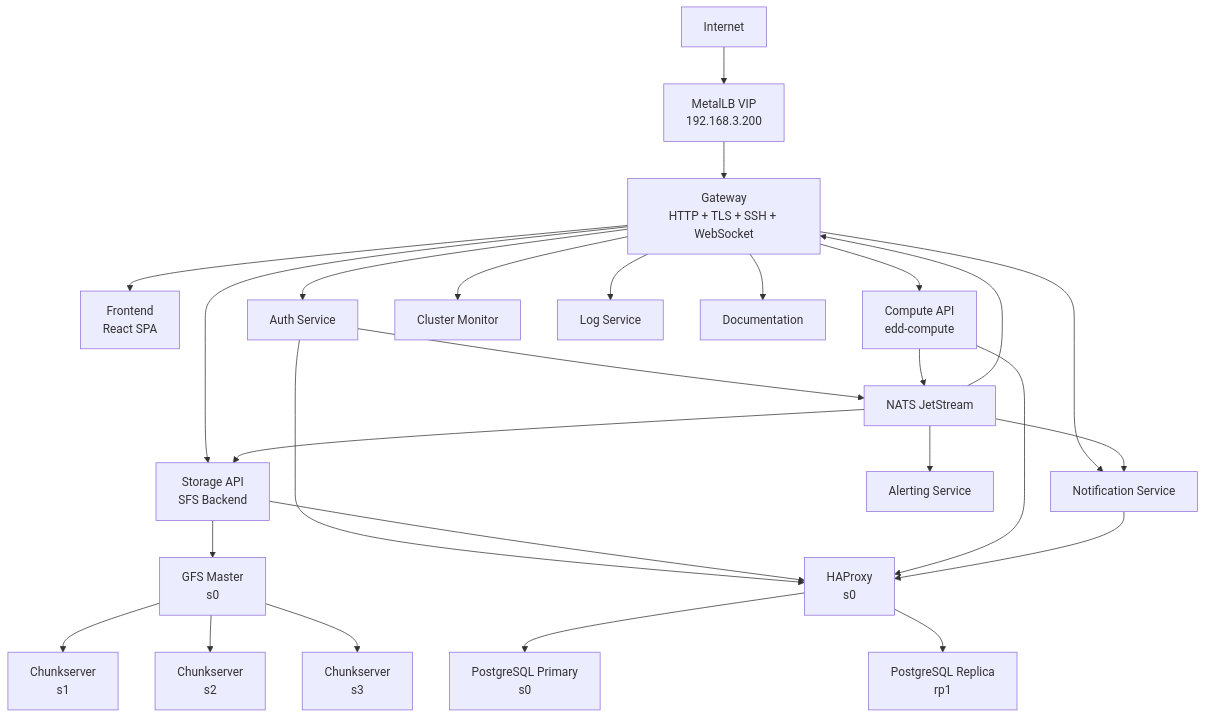
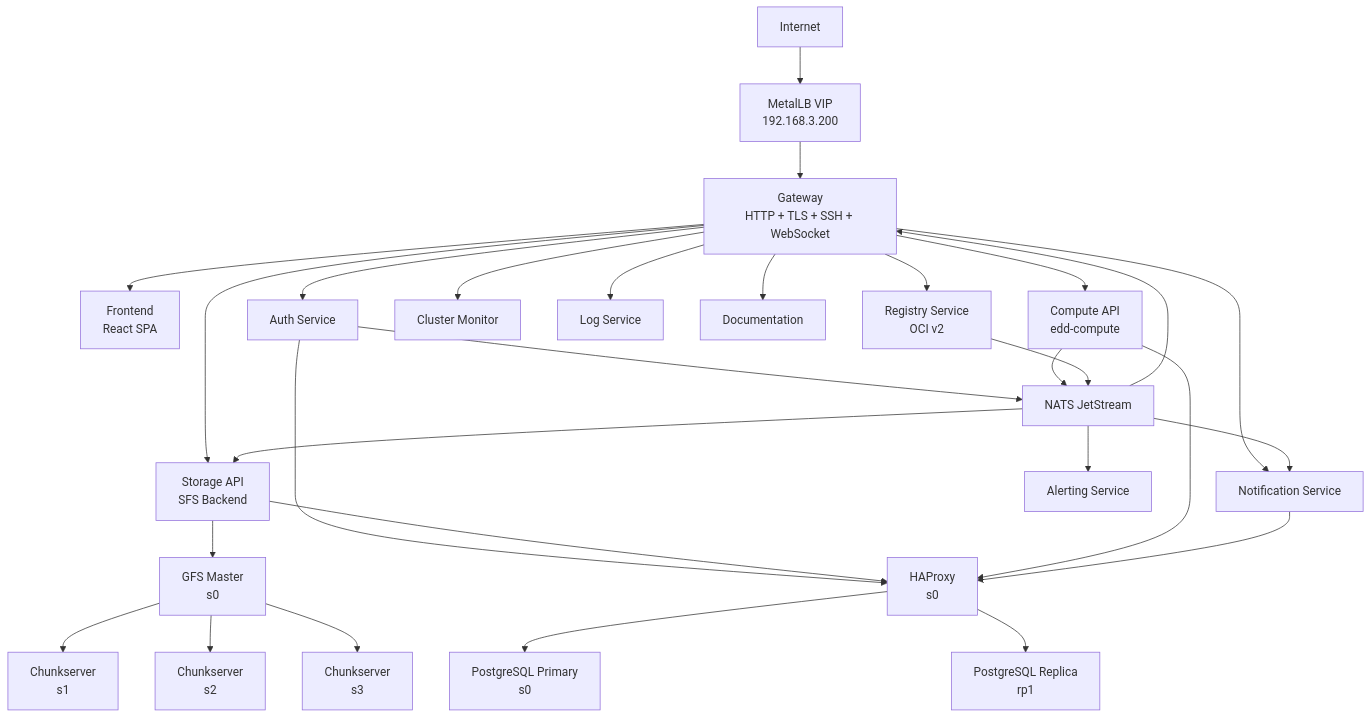
The first of 2 diagrams in edd-cloud-docs/docs/architecture.md (EddisonSo/cloud), drawn with Mermaid before and after one commit. The commit also changed other lines of this file and 8 other files, not shown here.

Commit message:
feat(registry): add NATS events, proto definitions, K8s deployment, and gateway route

````diff
--- a/edd-cloud-docs/docs/architecture.md
+++ b/edd-cloud-docs/docs/architecture.md
@@ -11,35 +11,37 @@
 ```mermaid
 flowchart TB
     Internet[Internet]
 
     Internet --> MetalLB[MetalLB VIP<br/>192.168.3.200]
     MetalLB --> Gateway[Gateway<br/>HTTP + TLS + SSH + WebSocket]
 
     Gateway --> Frontend[Frontend<br/>React SPA]
     Gateway --> Auth[Auth Service]
     Gateway --> Storage[Storage API<br/>SFS Backend]
     Gateway --> Compute[Compute API<br/>edd-compute]
     Gateway --> Health[Cluster Monitor]
     Gateway --> Logs[Log Service]
     Gateway --> Notif[Notification Service]
     Gateway --> Docs[Documentation]
+    Gateway --> Registry[Registry Service<br/>OCI v2]
 
     Auth --> NATS[NATS JetStream]
     Compute --> NATS
+    Registry --> NATS
     NATS --> Storage
     NATS --> Gateway
     NATS --> Notif
     NATS --> Alerting[Alerting Service]
 
     Storage --> GFSMaster[GFS Master<br/>s0]
     GFSMaster --> Chunk1[Chunkserver<br/>s1]
     GFSMaster --> Chunk2[Chunkserver<br/>s2]
     GFSMaster --> Chunk3[Chunkserver<br/>s3]
 
     Auth --> HAProxy[HAProxy<br/>s0]
     Storage --> HAProxy
     Compute --> HAProxy
     Notif --> HAProxy
     HAProxy --> PGPrimary[PostgreSQL Primary<br/>s0]
     HAProxy --> PGReplica[PostgreSQL Replica<br/>rp1]
 ```
````
